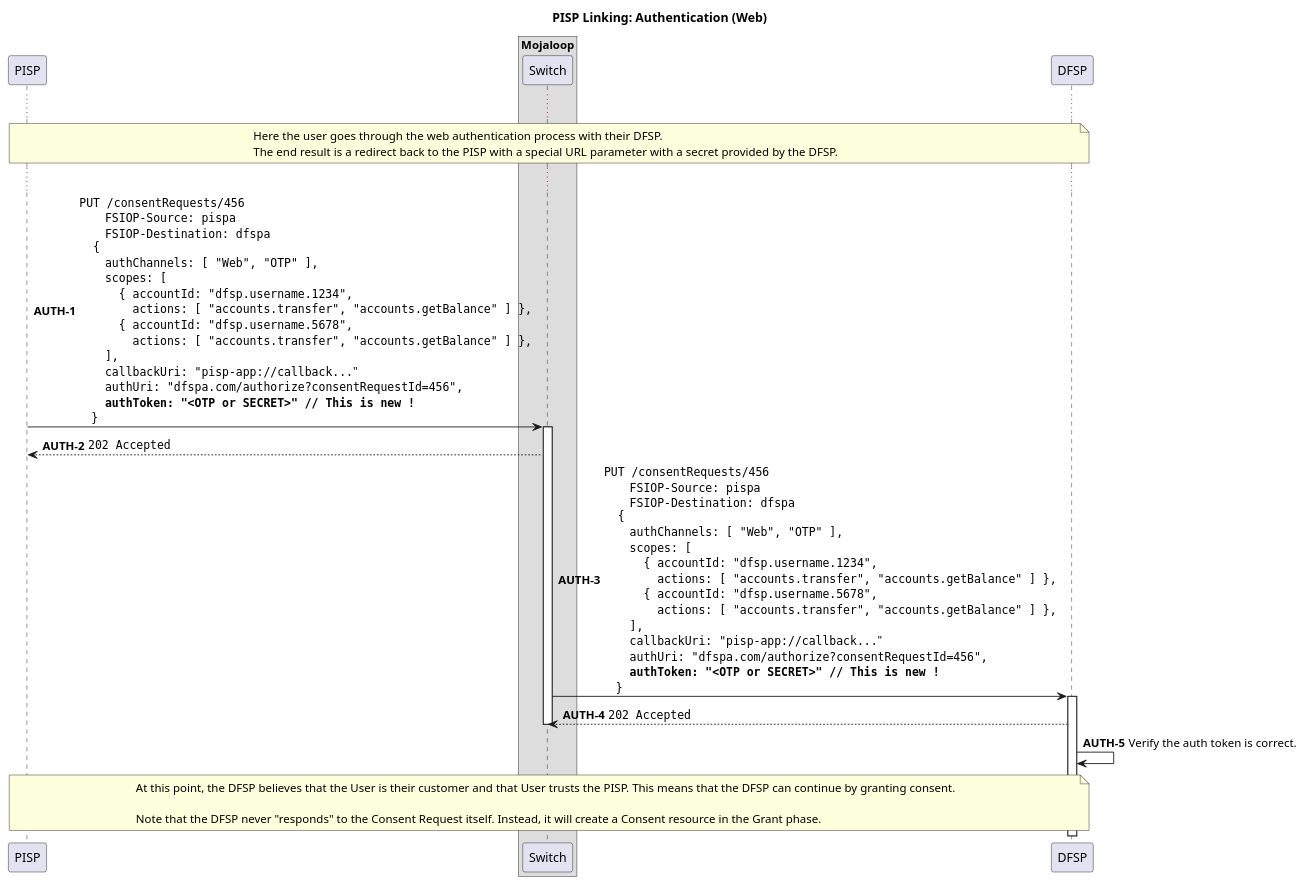
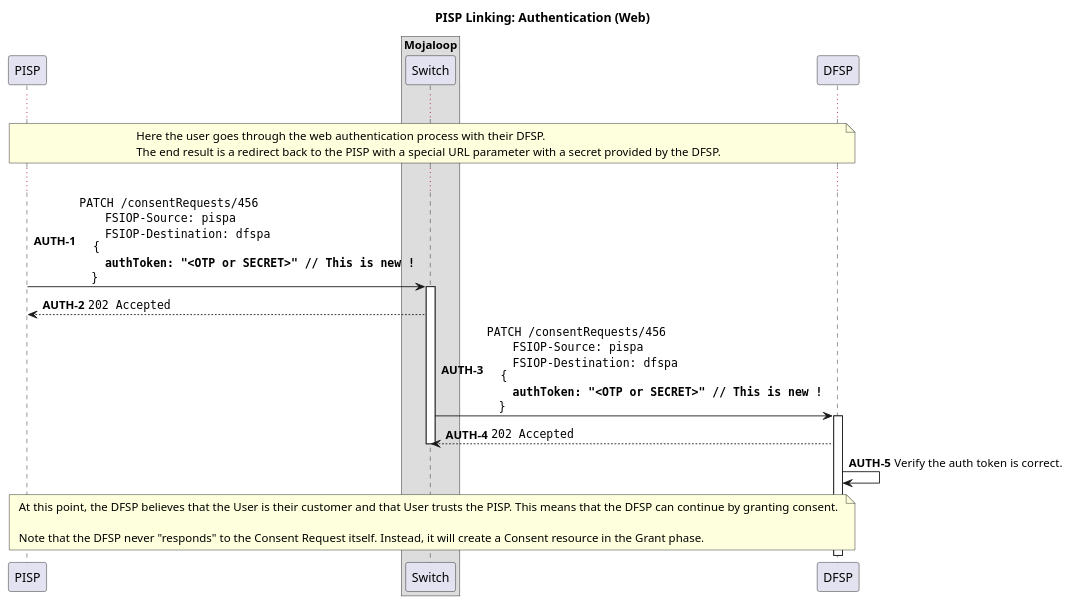
One commit to mojaloop/pisp-project changed the diagram in docs/linking/3-authentication-web.puml. Above: the diagram before and after it, drawn with PlantUML. The commit also changed 10 other files, not shown here.

```diff
--- a/docs/linking/3-authentication-web.puml
+++ b/docs/linking/3-authentication-web.puml
@@ -1,70 +1,52 @@
 @startuml
 
 title PISP Linking: Authentication (Web)
 
 participant "PISP" as PISP
 
 box "Mojaloop"
     participant Switch
 end box
 
 participant "DFSP" as DFSP
 
 autonumber 1 "<b>WEB-AUTH-#</b>"
 
 ...
 
 note over PISP, DFSP
   Here the user goes through the web authentication process with their DFSP.
   The end result is a redirect back to the PISP with a special URL parameter with a secret provided by the DFSP.
 end note
 
 ...
 
 autonumber 1 "<b>AUTH-#</b>"
 
-PISP -> Switch ++: ""PUT /consentRequests/456""\n\
+PISP -> Switch ++: ""PATCH /consentRequests/456""\n\
     ""  FSIOP-Source: pispa""\n\
     ""  FSIOP-Destination: dfspa""\n\
 ""  {""\n\
-    ""  authChannels: [ "Web", "OTP" ],""\n\
-    ""  scopes: [ ""\n\
-    ""    { accountId: "dfsp.username.1234",""\n\
-    ""      actions: [ "accounts.transfer", "accounts.getBalance" ] },""\n\
-    ""    { accountId: "dfsp.username.5678",""\n\
-    ""      actions: [ "accounts.transfer", "accounts.getBalance" ] },""\n\
-    ""  ],""\n\
-    ""  callbackUri: "pisp-app://callback..."""\n\
-    ""  authUri: "dfspa.com/authorize?consentRequestId=456",""\n\
     ""  **authToken: "<OTP or SECRET>" // This is new !**""\n\
     ""}""
 Switch --> PISP: ""202 Accepted""
 deactivate PISP
 
-Switch -> DFSP ++: ""PUT /consentRequests/456""\n\
+Switch -> DFSP ++: ""PATCH /consentRequests/456""\n\
     ""  FSIOP-Source: pispa""\n\
     ""  FSIOP-Destination: dfspa""\n\
 ""  {""\n\
-    ""  authChannels: [ "Web", "OTP" ],""\n\
-    ""  scopes: [ ""\n\
-    ""    { accountId: "dfsp.username.1234",""\n\
-    ""      actions: [ "accounts.transfer", "accounts.getBalance" ] },""\n\
-    ""    { accountId: "dfsp.username.5678",""\n\
-    ""      actions: [ "accounts.transfer", "accounts.getBalance" ] },""\n\
-    ""  ],""\n\
-    ""  callbackUri: "pisp-app://callback..."""\n\
-    ""  authUri: "dfspa.com/authorize?consentRequestId=456",""\n\
     ""  **authToken: "<OTP or SECRET>" // This is new !**""\n\
     ""}""
 DFSP --> Switch: ""202 Accepted""
 deactivate Switch
 
 DFSP -> DFSP: Verify the auth token is correct.
 
 note over PISP, DFSP
   At this point, the DFSP believes that the User is their customer and that User trusts the PISP. This means that the DFSP can continue by granting consent.
 
   Note that the DFSP never "responds" to the Consent Request itself. Instead, it will create a Consent resource in the Grant phase.
 end note
 
 @enduml
```
